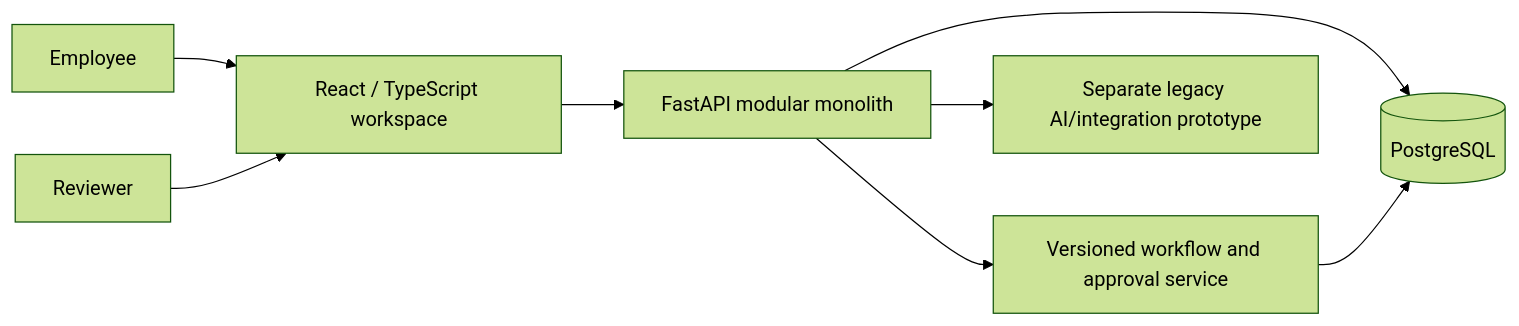
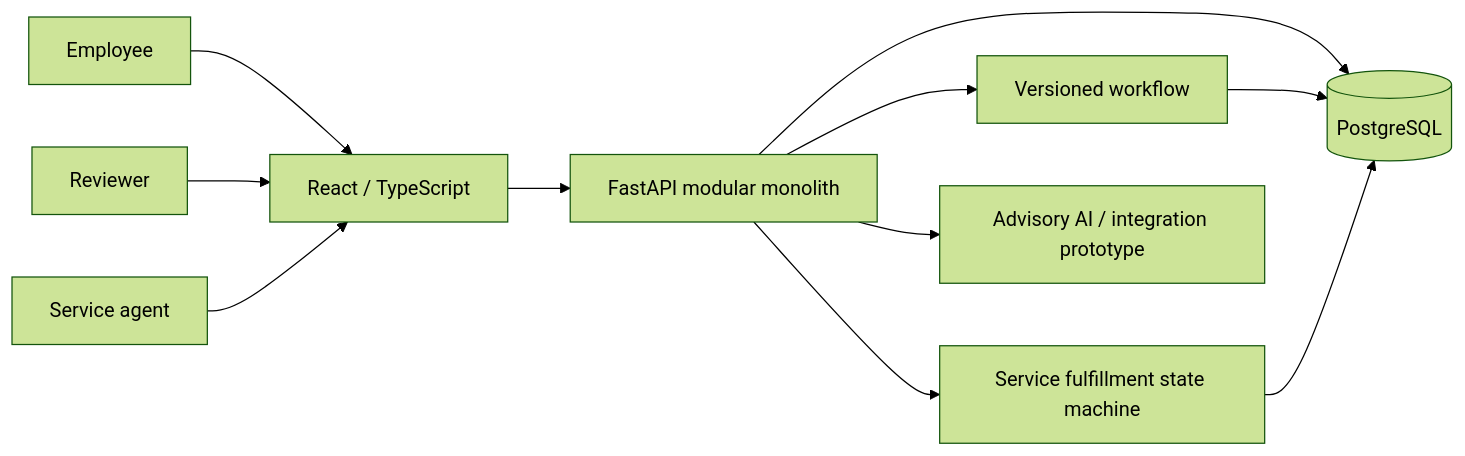
The diagram in README.md (chanhuynguyen-ai/central-service-ai-automation), drawn with Mermaid (forest theme) before and after one commit. The commit also changed other lines of this file and 2 other files, not shown here.

Commit message:
docs(project): record verified M5 fulfillment milestone

````diff
--- a/README.md
+++ b/README.md
@@ -100,10 +106,13 @@
 ```mermaid
 flowchart LR
-    Employee --> UI[React / TypeScript workspace]
+    Employee --> UI[React / TypeScript]
     Reviewer --> UI
+    Agent[Service agent] --> UI
     UI --> API[FastAPI modular monolith]
     API --> DB[(PostgreSQL)]
-    API --> W[Versioned workflow and approval service]
-    W --> DB
-    API --> P[Separate legacy AI/integration prototype]
+    API --> WF[Versioned workflow]
+    API --> F[Service fulfillment state machine]
+    WF --> DB
+    F --> DB
+    API --> Legacy[Advisory AI / integration prototype]
 ```
````
